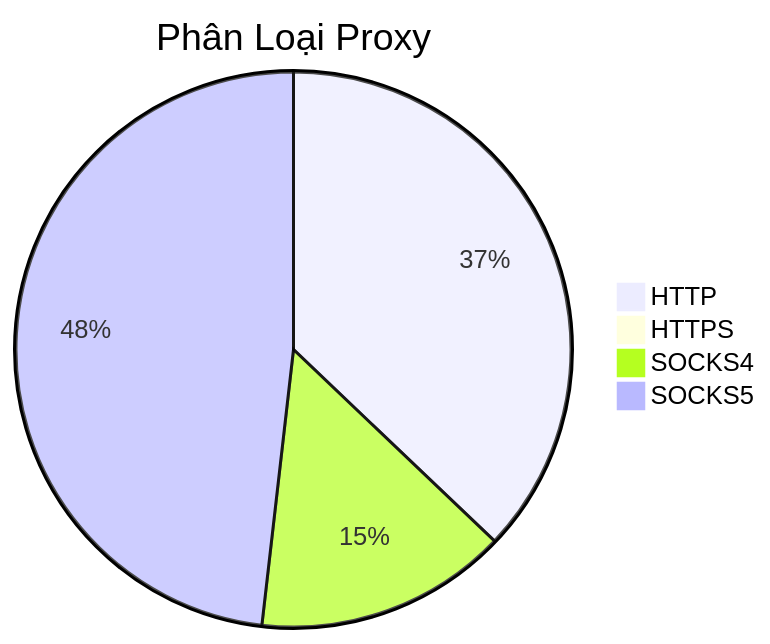
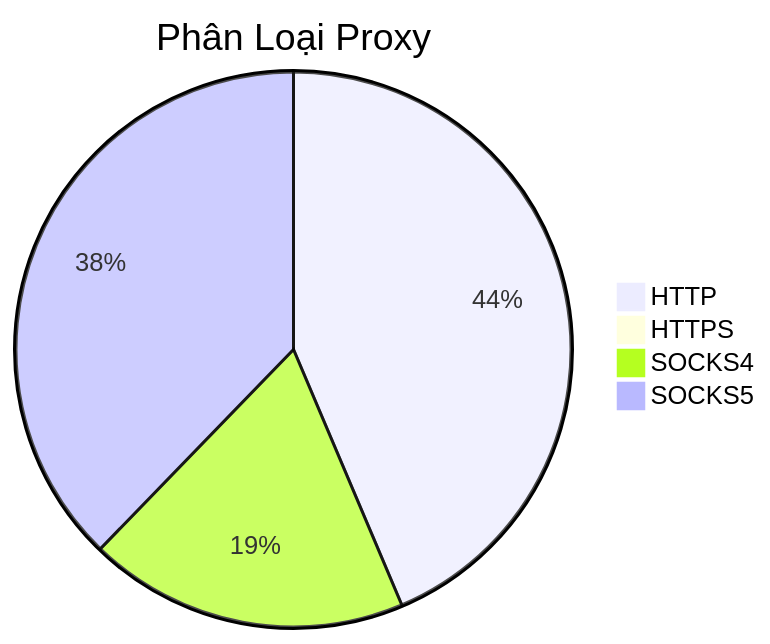
One commit to Ciara-Aa/PROXY-free changed the diagram in README.md. Above: the diagram before and after it, drawn with Mermaid. The commit also changed other lines of this file and 4 other files, not shown here.

````diff
--- a/README.md
+++ b/README.md
@@ -26,7 +26,7 @@
 ```mermaid
 pie title Phân Loại Proxy
-    "HTTP" : 929
-    "HTTPS" : 3
-    "SOCKS4" : 368
-    "SOCKS5" : 1206
+    "HTTP" : 899
+    "HTTPS" : 4
+    "SOCKS4" : 384
+    "SOCKS5" : 778
 ```
````
